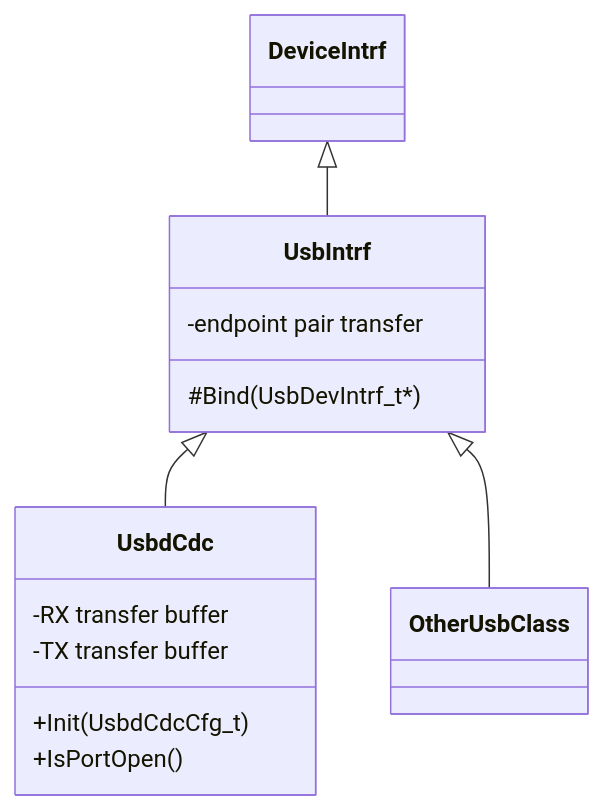
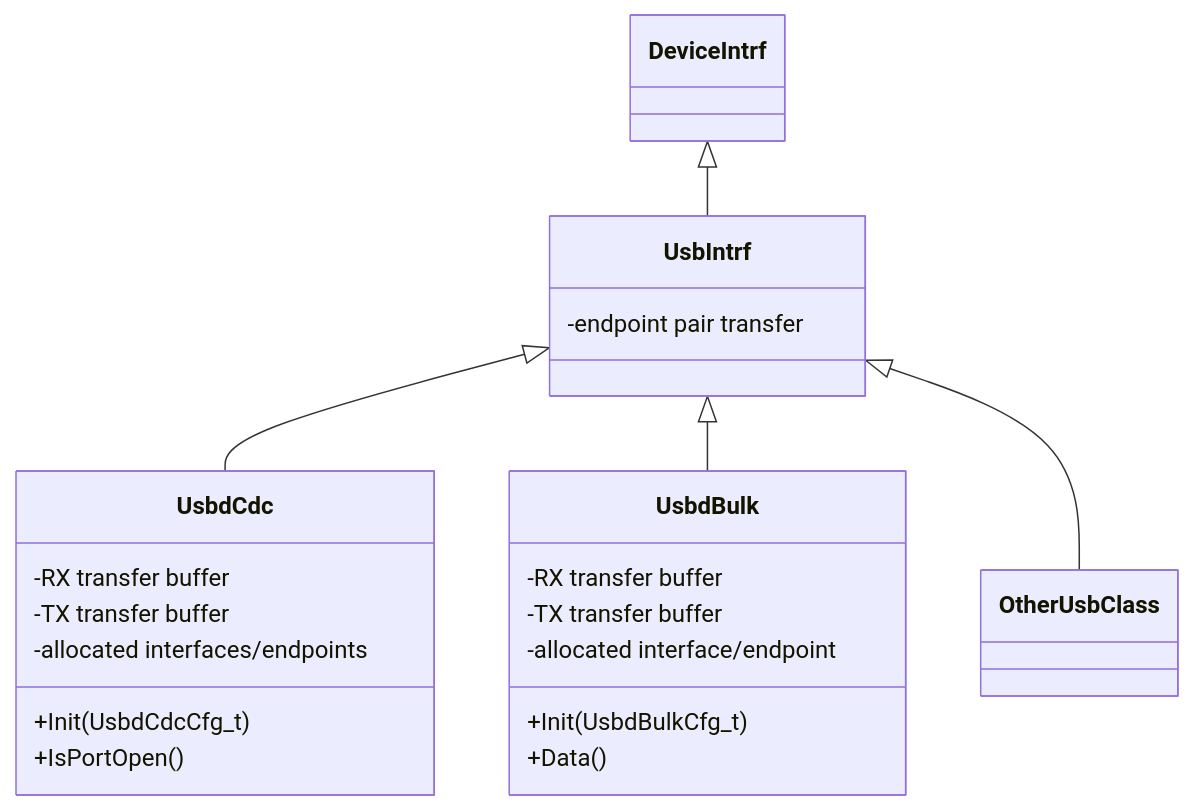
One commit to IOsonata/IOsonata changed the second of 3 diagrams in docs/architecture/usb.md. Above: the diagram before and after it, drawn with Mermaid. The commit also changed other lines of this file and 46 other files, not shown here.

First line of the commit message:
Finalize USB function allocation and custom bulk support

````diff
--- a/docs/architecture/usb.md
+++ b/docs/architecture/usb.md
@@ -40,16 +45,24 @@
 ```mermaid
 classDiagram
     DeviceIntrf <|-- UsbIntrf
     UsbIntrf <|-- UsbdCdc
+    UsbIntrf <|-- UsbdBulk
     UsbIntrf <|-- OtherUsbClass
     class UsbIntrf {
-        #Bind(UsbDevIntrf_t*)
         -endpoint pair transfer
     }
     class UsbdCdc {
         +Init(UsbdCdcCfg_t)
         +IsPortOpen()
         -RX transfer buffer
         -TX transfer buffer
+        -allocated interfaces/endpoints
+    }
+    class UsbdBulk {
+        +Init(UsbdBulkCfg_t)
+        +Data()
+        -RX transfer buffer
+        -TX transfer buffer
+        -allocated interface/endpoint
     }
 ```
````
